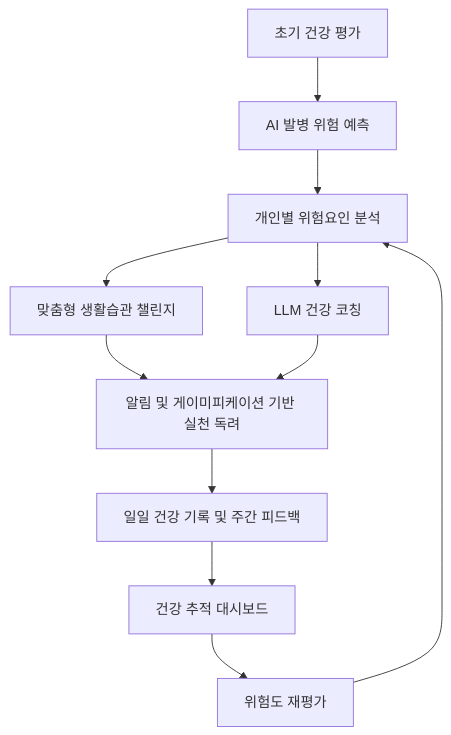
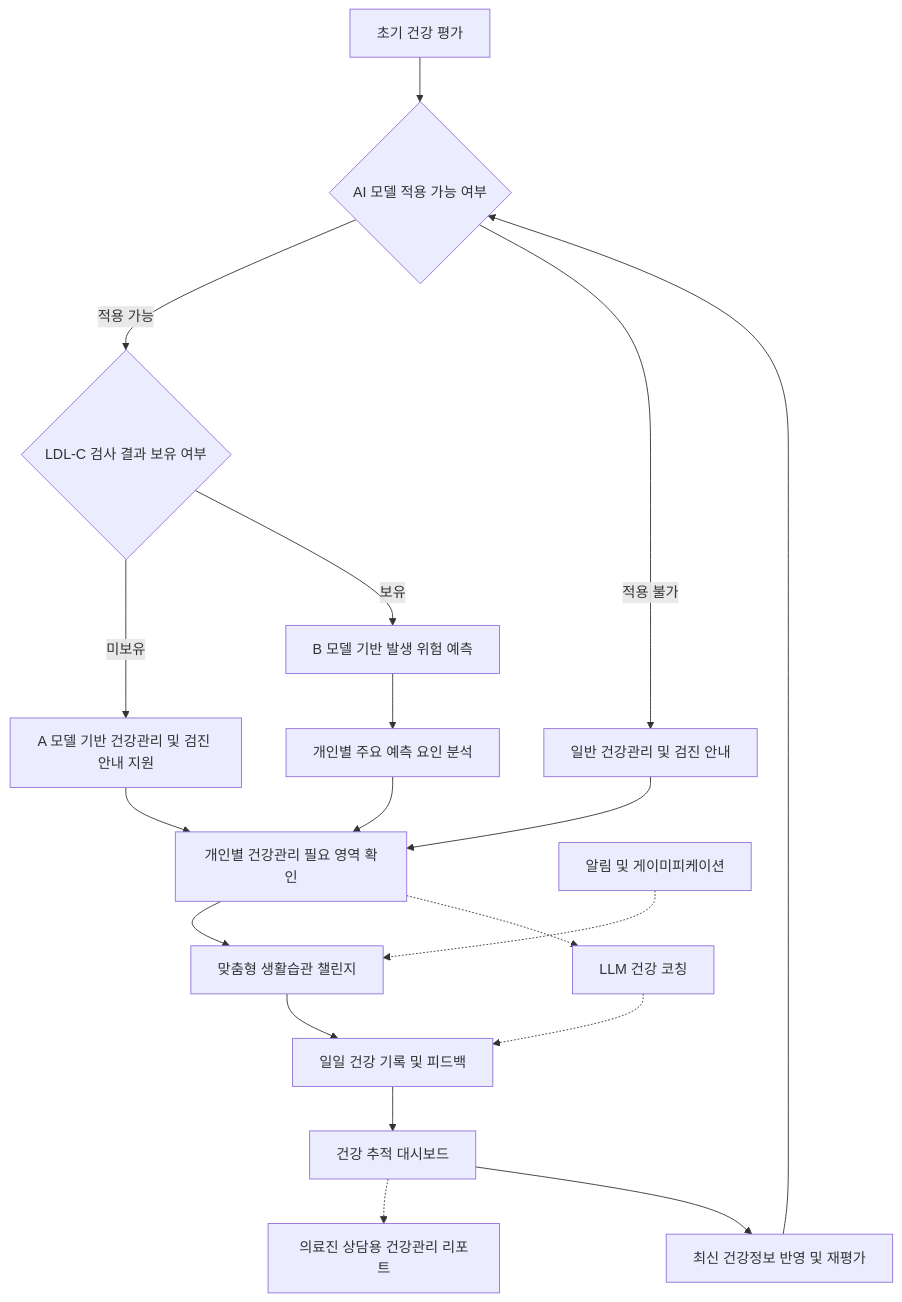
One commit to AI-HealthCare-07/welloop changed the diagram in docs/service_overview.md. Above: the diagram before and after it, drawn with Mermaid. The commit also changed other lines of this file, not shown here.

````diff
--- a/docs/service_overview.md
+++ b/docs/service_overview.md
@@ -102,13 +170,30 @@
 ```mermaid
 flowchart TD
-    A["초기 건강 평가"] --> B["AI 발병 위험 예측"]
-    B --> C["개인별 위험요인 분석"]
-    C --> D["맞춤형 생활습관 챌린지"]
-    C --> E["LLM 건강 코칭"]
-    D --> F["알림 및 게이미피케이션 기반 실천 독려"]
-    E --> F
-    F --> G["일일 건강 기록 및 주간 피드백"]
-    G --> H["건강 추적 대시보드"]
-    H --> I["위험도 재평가"]
-    I --> C
+    A["초기 건강 평가"] --> B{"AI 모델 적용 가능 여부"}
+
+    B -->|적용 가능| C{"LDL-C 검사 결과 보유 여부"}
+    B -->|적용 불가| F["일반 건강관리 및 검진 안내"]
+
+    C -->|미보유| D["A 모델 기반 건강관리 및 검진 안내 지원"]
+    C -->|보유| E["B 모델 기반 발생 위험 예측"]
+
+    D --> G["개인별 건강관리 필요 영역 확인"]
+    E --> H["개인별 주요 예측 요인 분석"]
+
+    F --> G
+    H --> G
+
+    G --> I["맞춤형 생활습관 챌린지"]
+    G -.-> J["LLM 건강 코칭"]
+
+    I --> K["일일 건강 기록 및 피드백"]
+    J -.-> K
+
+    L["알림 및 게이미피케이션"] -.-> I
+
+    K --> M["건강 추적 대시보드"]
+    M -.-> N["의료진 상담용 건강관리 리포트"]
+
+    M --> O["최신 건강정보 반영 및 재평가"]
+    O --> B
 ```
````
